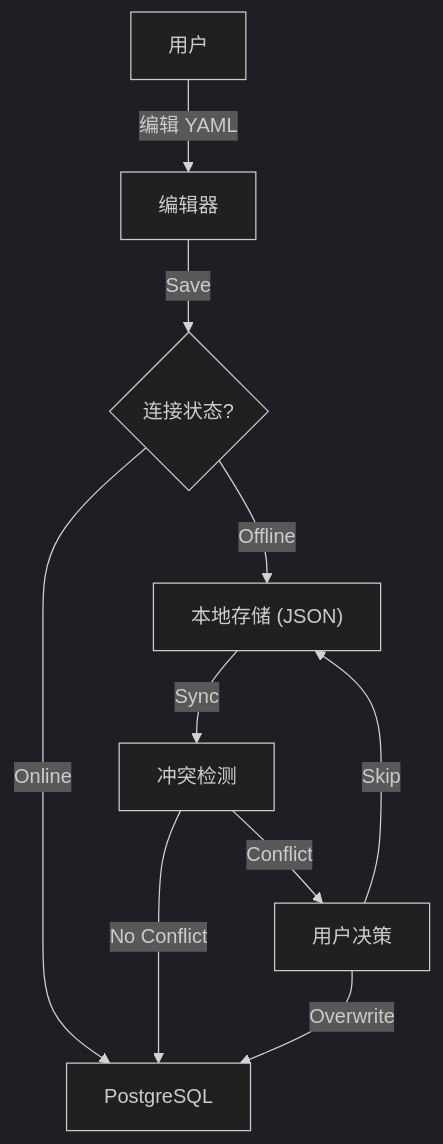
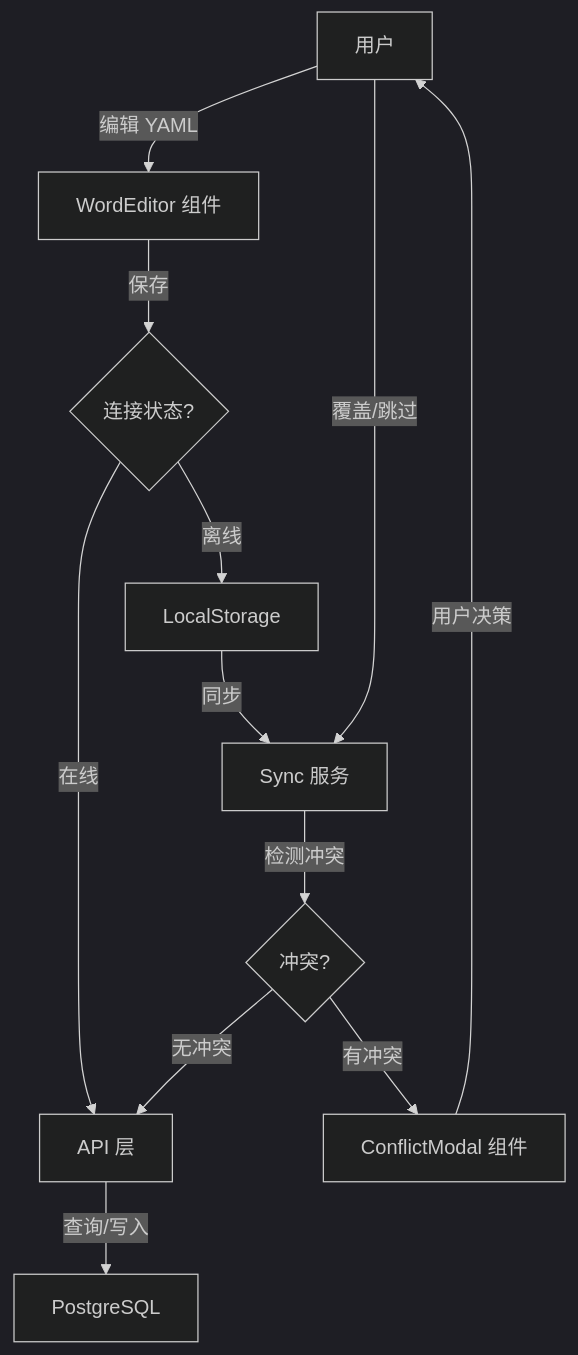
One commit to yelanyanyu/ad-fontes-manager changed the diagram in DEVELOPMENT.md. Above: the diagram before and after it, drawn with Mermaid (dark theme). The commit also changed other lines of this file and 3 other files, not shown here.

````diff
--- a/DEVELOPMENT.md
+++ b/DEVELOPMENT.md
@@ -98,15 +140,18 @@
 ```mermaid
 graph TD
-    User["用户"] -->|编辑 YAML| Editor["编辑器"]
-    Editor -->|Save| Router{"连接状态?"}
+    User["用户"] -->|编辑 YAML| Editor["WordEditor 组件"]
+    Editor -->|保存| Router{"连接状态?"}
     
-    Router -->|Offline| LocalStore["本地存储 (JSON)"]
-    Router -->|Online| DB["PostgreSQL"]
+    Router -->|离线| LocalStore["LocalStorage"]
+    Router -->|在线| API["API 层"]
     
-    LocalStore -->|Sync| ConflictCheck["冲突检测"]
-    ConflictCheck -->|No Conflict| DB
-    ConflictCheck -->|Conflict| UserDecision["用户决策"]
+    API -->|查询/写入| DB["PostgreSQL"]
     
-    UserDecision -->|Overwrite| DB
-    UserDecision -->|Skip| LocalStore
+    LocalStore -->|同步| SyncService["Sync 服务"]
+    SyncService -->|检测冲突| ConflictCheck{"冲突?"}
+    
+    ConflictCheck -->|无冲突| API
+    ConflictCheck -->|有冲突| ConflictModal["ConflictModal 组件"]
+    ConflictModal -->|用户决策| User
+    User -->|覆盖/跳过| SyncService
 ```
````
